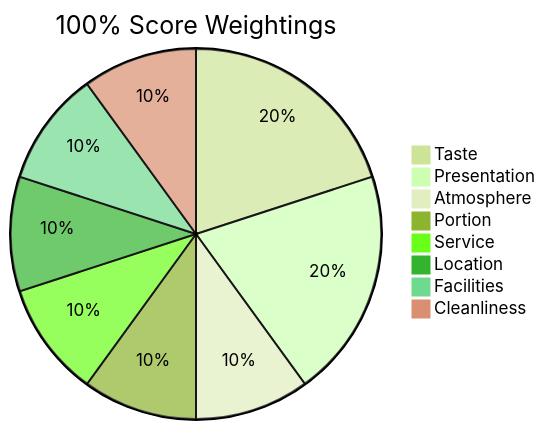
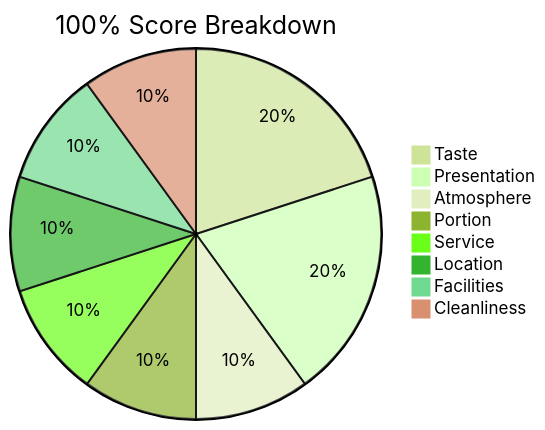
The diagram in index.md (FryGuy93/pub-review-guide), drawn with Mermaid (forest theme) before and after one commit. The commit also changed other lines of this file, not shown here.

```diff
--- a/index.md
+++ b/index.md
@@ -40,11 +40,11 @@
   <div class="mermaid">
-  pie title 100% Score Weightings
+  pie title 100% Score Breakdown
     "Taste" : 20
     "Presentation" : 20
     "Atmosphere" : 10
     "Portion" : 10
     "Service" : 10
     "Location" : 10
     "Facilities" : 10
     "Cleanliness" : 10
   </div>
```
